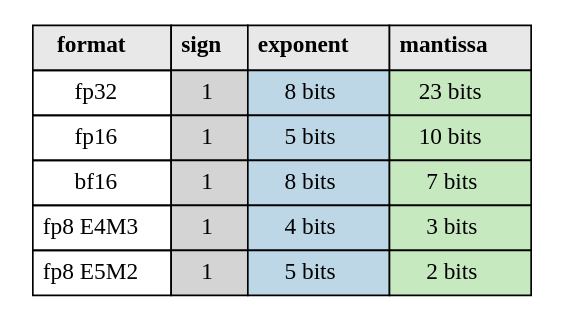
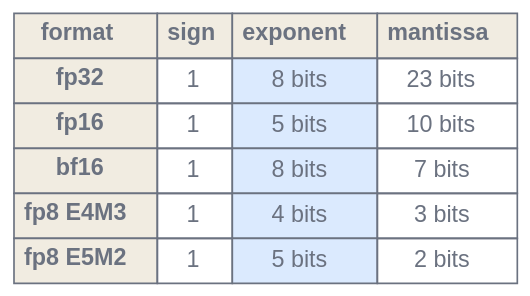
One commit to latere-ai/ai-as-an-infrastructure changed the third of 4 diagrams in en/p1-foundations/08-training-at-scale.qmd. Above: the diagram before and after it, drawn with Graphviz. The commit also changed other lines of this file and 186 other files, not shown here.

First line of the commit message:
book: visual audit pass on all diagrams and figures

````diff
--- a/en/p1-foundations/08-training-at-scale.qmd
+++ b/en/p1-foundations/08-training-at-scale.qmd
@@ -166,18 +168,19 @@
 ```{dot}
 //| label: fig-training-precision
 //| fig-cap: "Bit layouts of the training precisions. Sign, exponent, and mantissa fields drawn to width. bf16 inherits fp32's eight exponent bits, which is why it spans the same range without loss scaling."
 digraph precision {
+  bgcolor="transparent";
   rankdir=LR;
-  node [shape=plaintext];
+  node [shape=plaintext, fontname="Helvetica", fontcolor="#6b7280"];
   t [label=<
-    <table border="0" cellborder="1" cellspacing="0" cellpadding="5">
-      <tr><td bgcolor="#e8e8e8"><b>format</b></td><td bgcolor="#e8e8e8"><b>sign</b></td><td bgcolor="#e8e8e8"><b>exponent</b></td><td bgcolor="#e8e8e8"><b>mantissa</b></td></tr>
-      <tr><td>fp32</td><td bgcolor="#d4d4d4">1</td><td bgcolor="#bdd7e7">8 bits</td><td bgcolor="#c7e9c0">23 bits</td></tr>
-      <tr><td>fp16</td><td bgcolor="#d4d4d4">1</td><td bgcolor="#bdd7e7">5 bits</td><td bgcolor="#c7e9c0">10 bits</td></tr>
-      <tr><td>bf16</td><td bgcolor="#d4d4d4">1</td><td bgcolor="#bdd7e7">8 bits</td><td bgcolor="#c7e9c0">7 bits</td></tr>
-      <tr><td>fp8 E4M3</td><td bgcolor="#d4d4d4">1</td><td bgcolor="#bdd7e7">4 bits</td><td bgcolor="#c7e9c0">3 bits</td></tr>
-      <tr><td>fp8 E5M2</td><td bgcolor="#d4d4d4">1</td><td bgcolor="#bdd7e7">5 bits</td><td bgcolor="#c7e9c0">2 bits</td></tr>
+    <table border="0" cellborder="1" cellspacing="0" cellpadding="5" color="#6b7280">
+      <tr><td bgcolor="#f1ece1"><b>format</b></td><td bgcolor="#f1ece1"><b>sign</b></td><td bgcolor="#f1ece1"><b>exponent</b></td><td bgcolor="#f1ece1"><b>mantissa</b></td></tr>
+      <tr><td bgcolor="#f1ece1"><b>fp32</b></td><td>1</td><td bgcolor="#dbeafe">8 bits</td><td>23 bits</td></tr>
+      <tr><td bgcolor="#f1ece1"><b>fp16</b></td><td>1</td><td bgcolor="#dbeafe">5 bits</td><td>10 bits</td></tr>
+      <tr><td bgcolor="#f1ece1"><b>bf16</b></td><td>1</td><td bgcolor="#dbeafe">8 bits</td><td>7 bits</td></tr>
+      <tr><td bgcolor="#f1ece1"><b>fp8 E4M3</b></td><td>1</td><td bgcolor="#dbeafe">4 bits</td><td>3 bits</td></tr>
+      <tr><td bgcolor="#f1ece1"><b>fp8 E5M2</b></td><td>1</td><td bgcolor="#dbeafe">5 bits</td><td>2 bits</td></tr>
     </table>
   >];
 }
 ```
````
